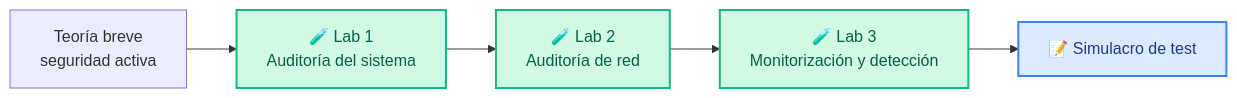
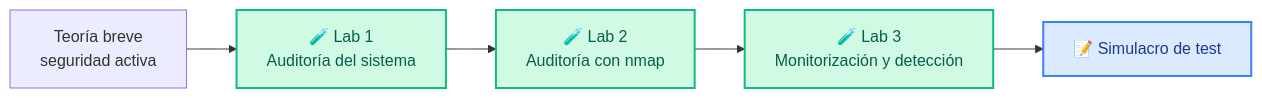
Before and after one commit to campusdevfp/cybersec2627: the diagram in docs/ud2/index.md, drawn with Mermaid. The commit also changed other lines of this file and 10 other files, not shown here.

````diff
--- a/docs/ud2/index.md
+++ b/docs/ud2/index.md
@@ -16,11 +16,11 @@
 ```mermaid
 flowchart LR
     B1["Teoría breve<br/>seguridad activa"] --> L1["🧪 Lab 1<br/>Auditoría del sistema"]
-    L1 --> L2["🧪 Lab 2<br/>Auditoría de red"]
+    L1 --> L2["🧪 Lab 2<br/>Auditoría con nmap"]
     L2 --> L3["🧪 Lab 3<br/>Monitorización y detección"]
     L3 --> T["📝 Simulacro de test"]
     style L1 fill:#d1fae5,color:#065f46,stroke:#10b981,stroke-width:2px
     style L2 fill:#d1fae5,color:#065f46,stroke:#10b981,stroke-width:2px
     style L3 fill:#d1fae5,color:#065f46,stroke:#10b981,stroke-width:2px
     style T fill:#dbeafe,color:#1e3a8a,stroke:#3b82f6,stroke-width:2px
 ```
````
